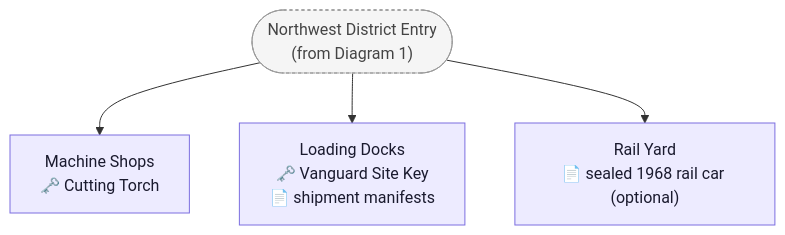
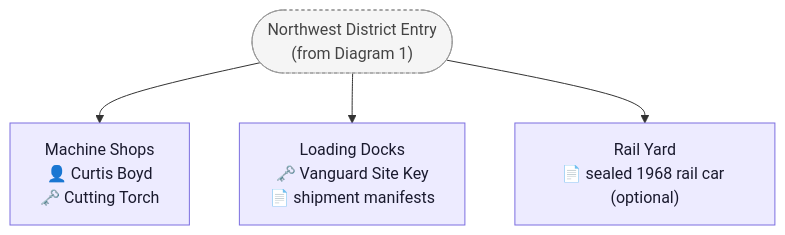
One commit to GIToez/Deadlock-Design changed the fifth of 5 diagrams in DESIGN/Locations/Foundry_Refinery.md. Above: the diagram before and after it, drawn with Mermaid. The commit also changed other lines of this file and 15 other files, not shown here.

````diff
--- a/DESIGN/Locations/Foundry_Refinery.md
+++ b/DESIGN/Locations/Foundry_Refinery.md
@@ -484,17 +487,17 @@
 ```mermaid
 flowchart TD
     ENTRYREF(["Northwest District Entry<br/>(from Diagram 1)"])
-    SHOPS["Machine Shops<br/>🗝️ Cutting Torch"]
+    SHOPS["Machine Shops<br/>👤 Curtis Boyd<br/>🗝️ Cutting Torch"]
     DOCKS["Loading Docks<br/>🗝️ Vanguard Site Key<br/>📄 shipment manifests"]
     RAIL["Rail Yard<br/>📄 sealed 1968 rail car (optional)"]
 
     ENTRYREF --> SHOPS
     ENTRYREF --> DOCKS
     ENTRYREF --> RAIL
 
     classDef room fill:#EDEBFF,stroke:#7C6EE0,color:#1a1a2e
     classDef exterior fill:#E3F0FF,stroke:#4A76C9,color:#0d1f3a
     classDef ref fill:#F5F5F5,stroke:#999999,color:#444444,stroke-dasharray:3 3
     class ENTRYREF ref
     class SHOPS,DOCKS,RAIL room
 ```
````
